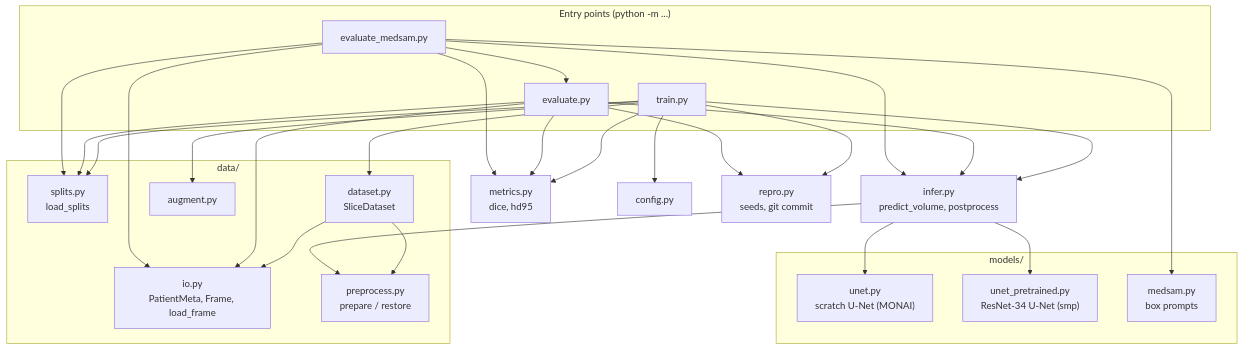
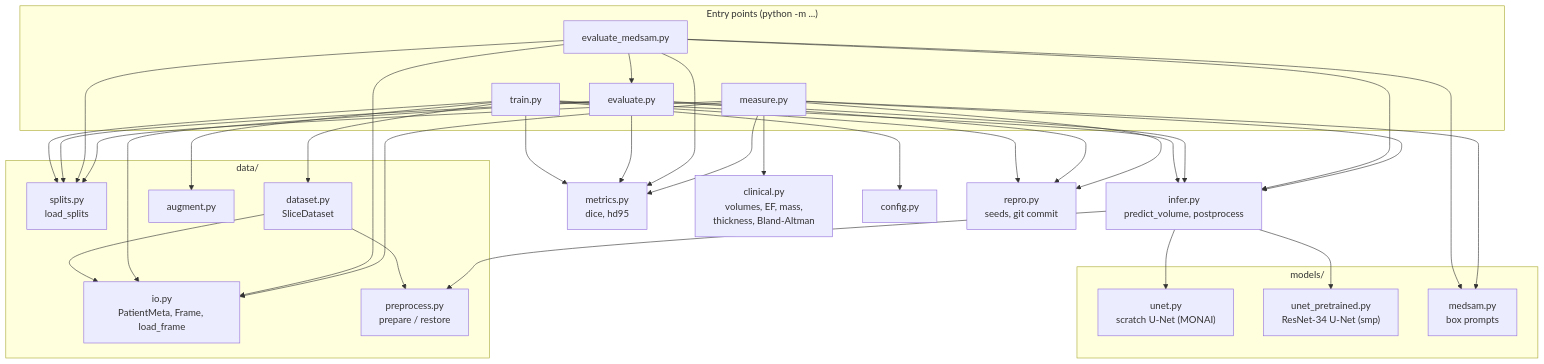
One commit to praneethnarayanan2002-lab/cardiac-mri-analyzer changed the second of 4 diagrams in docs/architecture.md. Above: the diagram before and after it, drawn with Mermaid. The commit also changed other lines of this file and 2 other files, not shown here.

Commit message:
Explain clinical measurements and record their decisions

````diff
--- a/docs/architecture.md
+++ b/docs/architecture.md
@@ -29,29 +29,32 @@
 ```mermaid
 flowchart TD
     subgraph CLI["Entry points (python -m ...)"]
         TR["train.py"]
         EV["evaluate.py"]
         EM["evaluate_medsam.py"]
+        ME["measure.py"]
     end
     subgraph Data["data/"]
         IO["io.py<br/>PatientMeta, Frame, load_frame"]
         SP["splits.py<br/>load_splits"]
         PP["preprocess.py<br/>prepare / restore"]
         DS["dataset.py<br/>SliceDataset"]
         AU["augment.py"]
     end
     subgraph Models["models/"]
         UN["unet.py<br/>scratch U-Net (MONAI)"]
         UP["unet_pretrained.py<br/>ResNet-34 U-Net (smp)"]
         MS["medsam.py<br/>box prompts"]
     end
     INF["infer.py<br/>predict_volume, postprocess"]
     MET["metrics.py<br/>dice, hd95"]
+    CL["clinical.py<br/>volumes, EF, mass,<br/>thickness, Bland-Altman"]
     CFG["config.py"]
     REP["repro.py<br/>seeds, git commit"]
     TR --> CFG & DS & AU & SP & INF & MET & REP
     DS --> IO & PP
     EV --> INF & MET & SP & IO & REP
     EM --> MS & INF & MET & SP & IO & EV
+    ME --> CL & INF & MS & MET & SP & IO & REP
     INF --> PP & UN & UP
 ```
````
